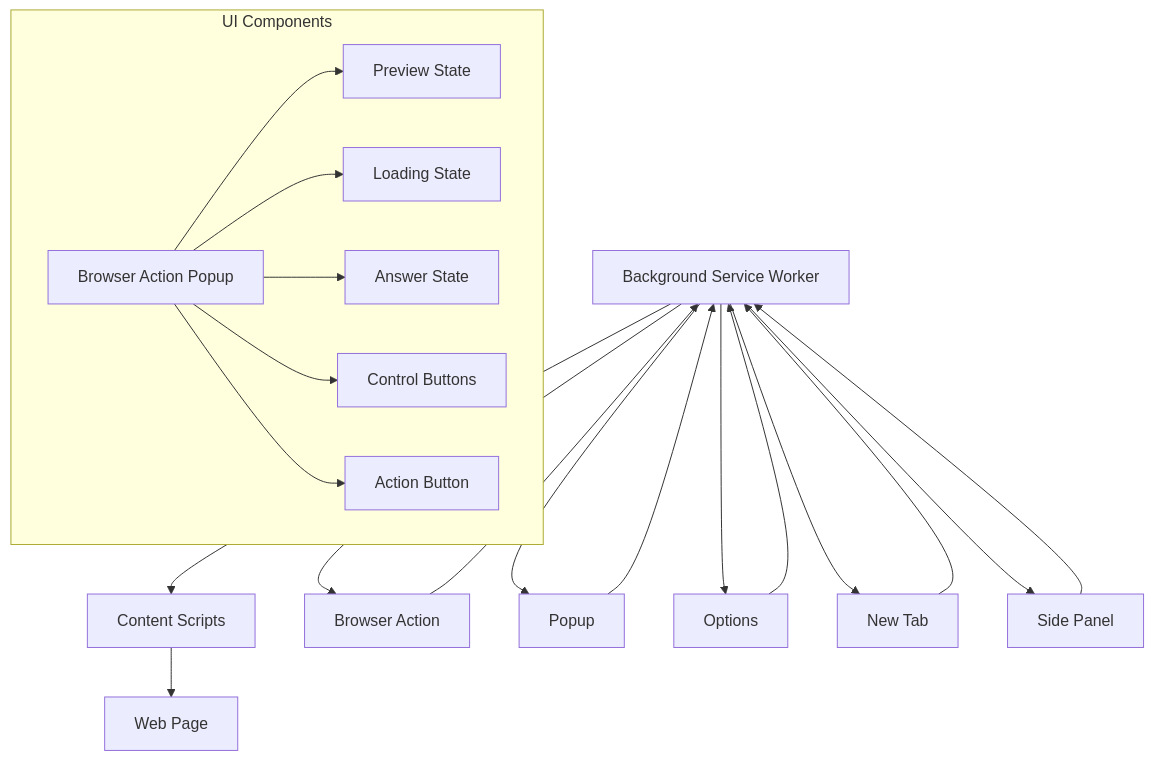
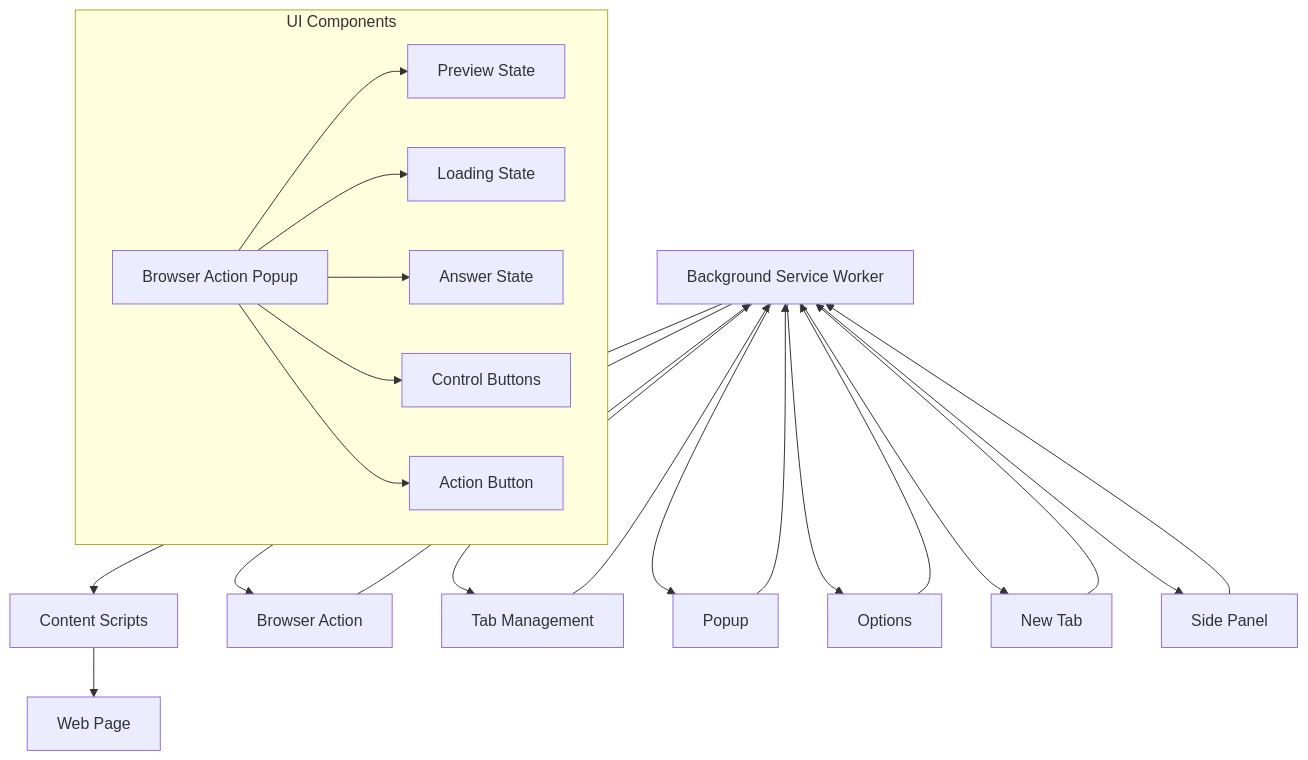
Before and after one commit to denisoed/exara-extension: the diagram in memory-bank/systemPatterns.md, drawn with Mermaid. The commit also changed other lines of this file and 3 other files, not shown here.

````diff
--- a/memory-bank/systemPatterns.md
+++ b/memory-bank/systemPatterns.md
@@ -84,23 +89,25 @@
 ```mermaid
 graph TD
     A[Background Service Worker] --> B[Content Scripts]
     A --> C[Browser Action]
-    A --> D[Popup]
-    A --> E[Options]
-    A --> F[New Tab]
-    A --> G[Side Panel]
-    B --> H[Web Page]
+    A --> D[Tab Management]
+    A --> E[Popup]
+    A --> F[Options]
+    A --> G[New Tab]
+    A --> H[Side Panel]
+    B --> I[Web Page]
     C --> A
     D --> A
     E --> A
     F --> A
     G --> A
+    H --> A
     
     subgraph UI Components
-        I[Browser Action Popup] --> J[Preview State]
-        I --> K[Loading State]
-        I --> L[Answer State]
-        I --> M[Control Buttons]
-        I --> N[Action Button]
+        J[Browser Action Popup] --> K[Preview State]
+        J --> L[Loading State]
+        J --> M[Answer State]
+        J --> N[Control Buttons]
+        J --> O[Action Button]
     end
 ```
````
